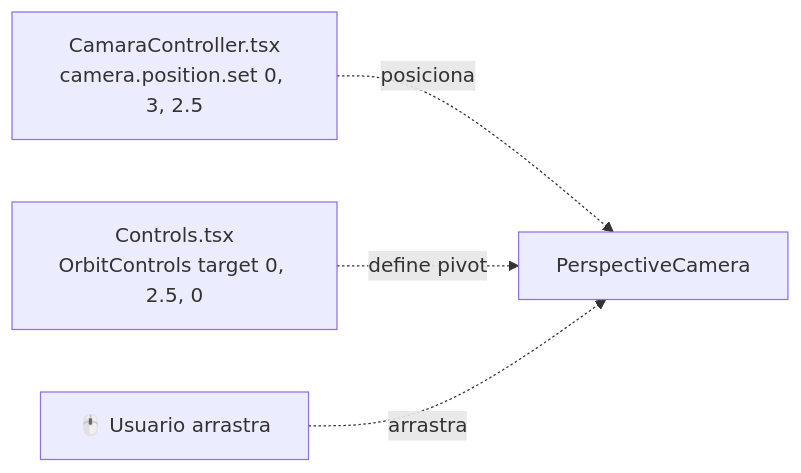
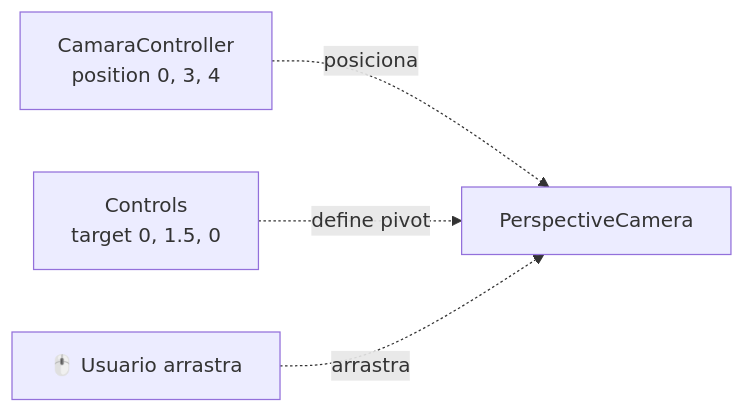
The second of 4 diagrams in docs/04-escena-3d/sistema-de-escena.md (Palcojulian/portafolio), drawn with Mermaid before and after one commit. The commit also changed other lines of this file and 7 other files, not shown here.

````diff
--- a/docs/04-escena-3d/sistema-de-escena.md
+++ b/docs/04-escena-3d/sistema-de-escena.md
@@ -103,10 +133,10 @@
 ```mermaid
 graph LR
-    CamaraController[CamaraController.tsx<br/>camera.position.set 0, 3, 2.5]
-    Controls[Controls.tsx<br/>OrbitControls target 0, 2.5, 0]
+    Cam[CamaraController<br/>position 0, 3, 4]
+    Ctrl[Controls<br/>target 0, 1.5, 0]
     Visit[🖱️ Usuario arrastra]
 
-    CamaraController -.posiciona.-> Cam[PerspectiveCamera]
-    Controls -.define pivot.-> Cam
-    Visit -.arrastra.-> Cam
+    Cam -.posiciona.-> CamC[PerspectiveCamera]
+    Ctrl -.define pivot.-> CamC
+    Visit -.arrastra.-> CamC
 ```
````
